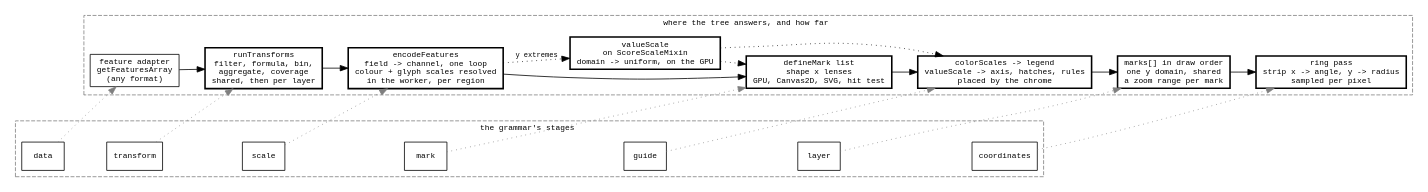
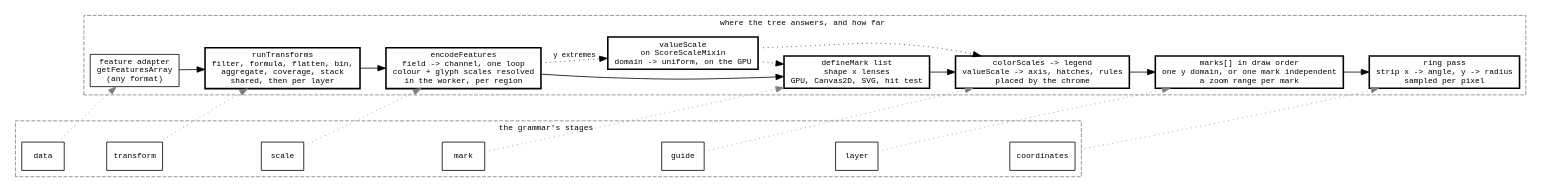
One commit to GMOD/jbrowse-components changed the diagram in agent-docs/reference/diagrams/grammar-pipeline.dot. Above: the diagram before and after it, drawn with Graphviz. The commit also changed 4 other files, not shown here.

```diff
--- a/agent-docs/reference/diagrams/grammar-pipeline.dot
+++ b/agent-docs/reference/diagrams/grammar-pipeline.dot
@@ -1,45 +1,45 @@
 digraph grammar_pipeline {
   rankdir=LR
   nodesep=0.3
   ranksep=0.45
   node [shape=box fontname=monospace fontsize=10]
   edge [fontname=monospace fontsize=9]
 
   subgraph cluster_grammar {
     label="  the grammar's stages  "
     fontname=monospace fontsize=10 style=dashed color=gray50
     data [label="data"]
     transform [label="transform"]
     scale [label="scale"]
     mark [label="mark"]
     guide [label="guide"]
     layer [label="layer"]
     coord [label="coordinates"]
     data -> transform -> scale -> mark -> guide -> layer -> coord [style=invis]
   }
 
   subgraph cluster_tree {
     label="  where the tree answers, and how far  "
     fontname=monospace fontsize=10 style=dashed color=gray50
     adapter [label="feature adapter\ngetFeaturesArray\n(any format)"]
-    filters [label="runTransforms\nfilter, formula, bin,\naggregate, coverage\nshared, then per layer", style=bold]
+    filters [label="runTransforms\nfilter, formula, flatten, bin,\naggregate, coverage, stack\nshared, then per layer", style=bold]
     encode [label="encodeFeatures\nfield -> channel, one loop\ncolour + glyph scales resolved\nin the worker, per region", style=bold]
     valueScale [label="valueScale\non ScoreScaleMixin\ndomain -> uniform, on the GPU", style=bold]
     marks [label="defineMark list\nshape x lenses\nGPU, Canvas2D, SVG, hit test", style=bold]
     legend [label="colorScales -> legend\nvalueScale -> axis, hatches, rules\nplaced by the chrome", style=bold]
-    layers [label="marks[] in draw order\none y domain, shared\na zoom range per mark", style=bold]
+    layers [label="marks[] in draw order\none y domain, or one mark independent\na zoom range per mark", style=bold]
     genomic [label="ring pass\nstrip x -> angle, y -> radius\nsampled per pixel", style=bold]
     adapter -> filters -> encode -> marks -> legend -> layers -> genomic
     encode -> valueScale [style=dotted label="y extremes"]
     valueScale -> marks [style=dotted]
     valueScale -> legend [style=dotted]
   }
 
   data -> adapter [style=dotted color=gray50]
   transform -> filters [style=dotted color=gray50]
   scale -> encode [style=dotted color=gray50]
   mark -> marks [style=dotted color=gray50]
   guide -> legend [style=dotted color=gray50]
   layer -> layers [style=dotted color=gray50]
   coord -> genomic [style=dotted color=gray50]
 }
```
